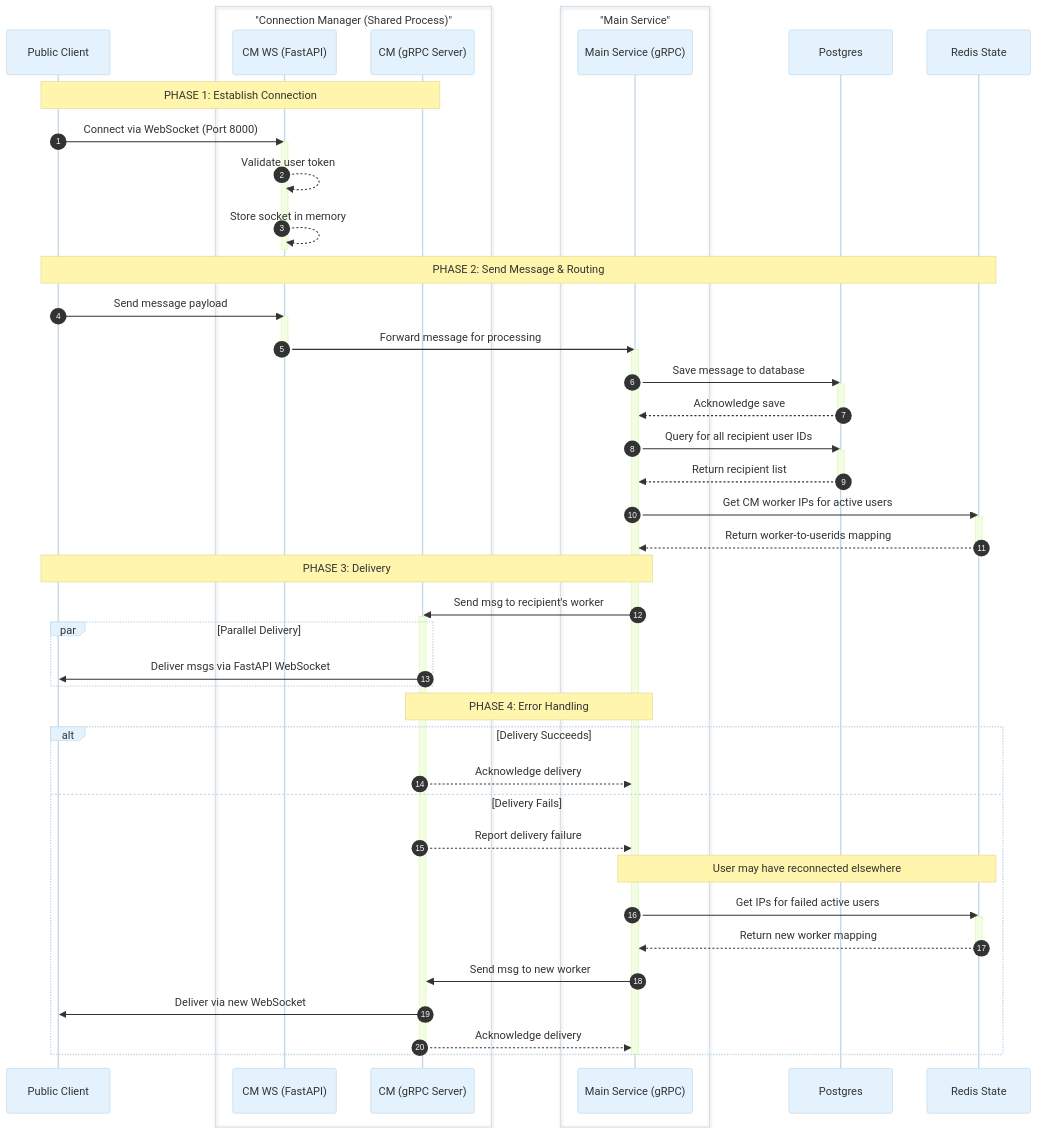
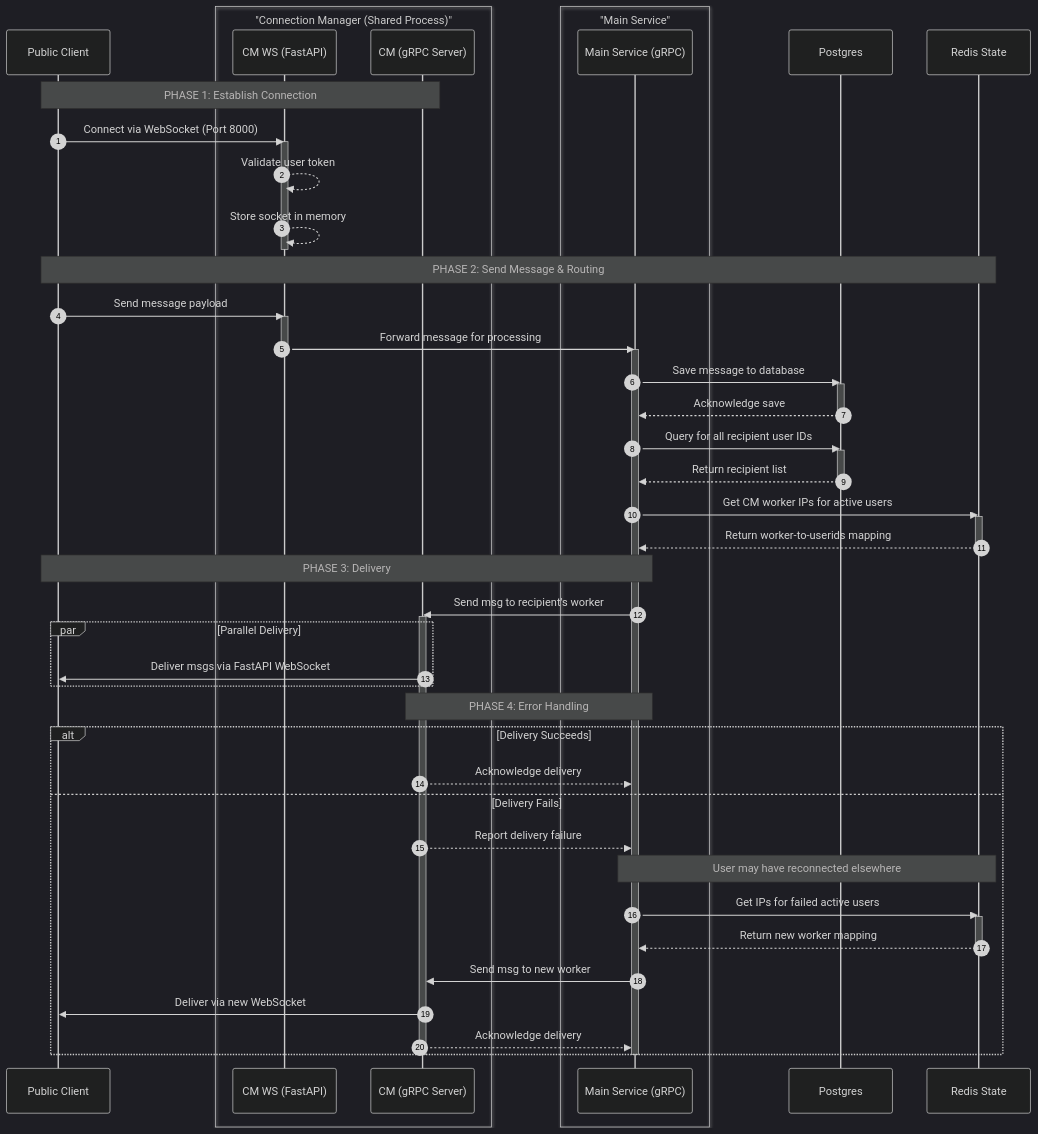
One commit to Chetankumar3/ChatApp changed the diagram in README.md. Above: the diagram before and after it, drawn with Mermaid.

````diff
--- a/README.md
+++ b/README.md
@@ -86,74 +86,74 @@
 ```mermaid
-%%{init: {'theme': 'base', 'themeVariables': { 'primaryColor': '#E3F2FD', 'edgeLabelBackground':'#ffffff', 'tertiaryColor': '#fff'}}}%%
+%%{init: {'theme': 'dark', 'themeVariables': { 'primaryColor': '#E3F2FD', 'edgeLabelBackground':'#ffffff', 'tertiaryColor': '#fff'}}}%%
 sequenceDiagram
     autonumber
     participant Internet as Public Client
     
     box transparent "Connection Manager (Shared Process)"
         participant CMFastAPI as CM WS (FastAPI)
         participant CMgRPC as CM (gRPC Server)
     end
     
     box transparent "Main Service"
         participant MaingRPC as Main Service (gRPC)
     end
     
     participant DB as Postgres
     participant Redis as Redis State
 
     Note over Internet, CMgRPC: PHASE 1: Establish Connection
     Internet->>CMFastAPI: Connect via WebSocket (Port 8000)
     activate CMFastAPI
     CMFastAPI-->>CMFastAPI: Validate user token
     CMFastAPI-->>CMFastAPI: Store socket in memory
     deactivate CMFastAPI
 
     Note over Internet, Redis: PHASE 2: Send Message & Routing
     Internet->>CMFastAPI: Send message payload
     activate CMFastAPI
     CMFastAPI->>MaingRPC: Forward message for processing
     deactivate CMFastAPI
     
     activate MaingRPC
     MaingRPC->>DB: Save message to database
     activate DB
     DB-->>MaingRPC: Acknowledge save
     deactivate DB
 
     MaingRPC->>DB: Query for all recipient user IDs
     activate DB
     DB-->>MaingRPC: Return recipient list
     deactivate DB
 
     MaingRPC->>Redis: Get CM worker IPs for active users
     activate Redis
     Redis-->>MaingRPC: Return worker-to-userids mapping
     deactivate Redis
 
     Note over MaingRPC, Internet: PHASE 3: Delivery
     MaingRPC->>CMgRPC: Send msg to recipient's worker
     activate CMgRPC
     
     par Parallel Delivery
         CMgRPC->>Internet: Deliver msgs via FastAPI WebSocket
     end
 
     Note over CMgRPC, MaingRPC: PHASE 4: Error Handling
     alt Delivery Succeeds
         CMgRPC-->>MaingRPC: Acknowledge delivery
     else Delivery Fails
         CMgRPC-->>MaingRPC: Report delivery failure
         
         Note over MaingRPC, Redis: User may have reconnected elsewhere
         MaingRPC->>Redis: Get IPs for failed active users
         activate Redis
         Redis-->>MaingRPC: Return new worker mapping
         deactivate Redis
         
         MaingRPC->>CMgRPC: Send msg to new worker
         CMgRPC->>Internet: Deliver via new WebSocket
         CMgRPC-->>MaingRPC: Acknowledge delivery
     end
     deactivate CMgRPC
     deactivate MaingRPC
 ```
````
